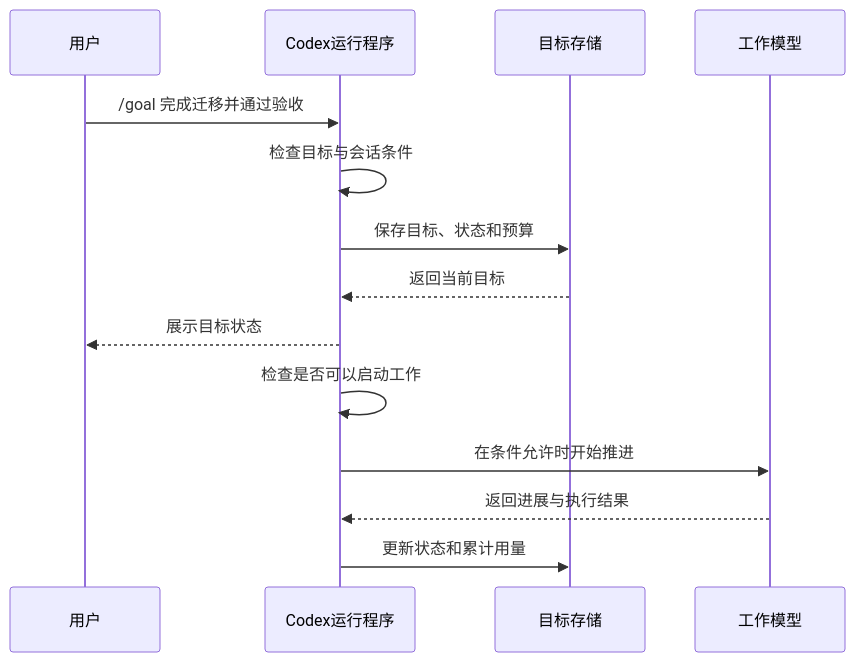
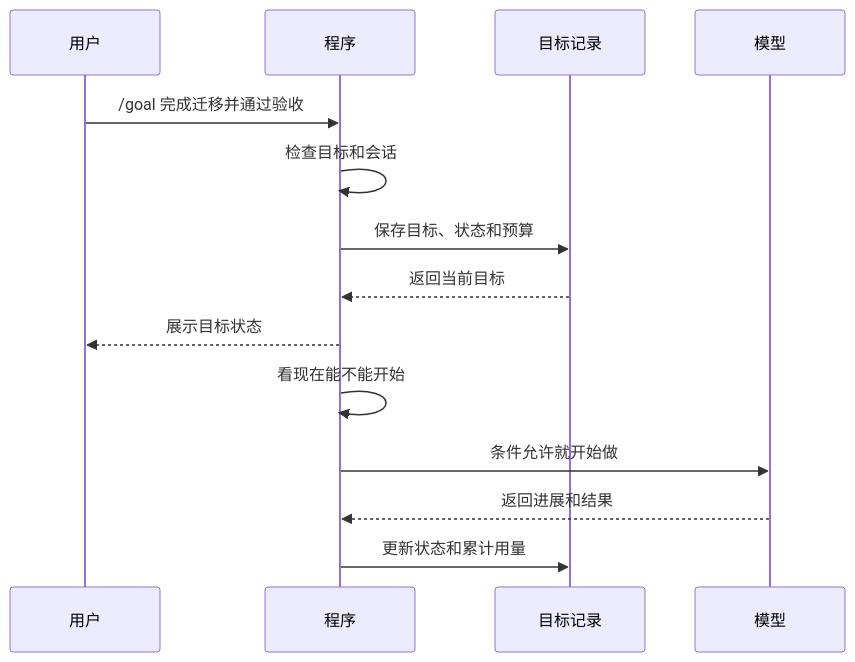
Before and after one commit to gqcn/johns-blog: the first of 5 diagrams in docs/docs/1000-AI技术/200-应用开发/100-智能体/7000-AI Coding中的goal指令：从持续执行到目标闭环.md, drawn with Mermaid. The commit also changed other lines of this file and 14 other files, not shown here.

````diff
--- a/docs/docs/1000-AI技术/200-应用开发/100-智能体/7000-AI Coding中的goal指令：从持续执行到目标闭环.md
+++ b/docs/docs/1000-AI技术/200-应用开发/100-智能体/7000-AI Coding中的goal指令：从持续执行到目标闭环.md
@@ -122,16 +148,16 @@
 ```mermaid
 sequenceDiagram
     participant U as 用户
-    participant C as Codex运行程序
-    participant S as 目标存储
-    participant A as 工作模型
+    participant C as 程序
+    participant S as 目标记录
+    participant A as 模型
     U->>C: /goal 完成迁移并通过验收
-    C->>C: 检查目标与会话条件
+    C->>C: 检查目标和会话
     C->>S: 保存目标、状态和预算
     S-->>C: 返回当前目标
     C-->>U: 展示目标状态
-    C->>C: 检查是否可以启动工作
-    C->>A: 在条件允许时开始推进
-    A-->>C: 返回进展与执行结果
+    C->>C: 看现在能不能开始
+    C->>A: 条件允许就开始做
+    A-->>C: 返回进展和结果
     C->>S: 更新状态和累计用量
 ```
````
